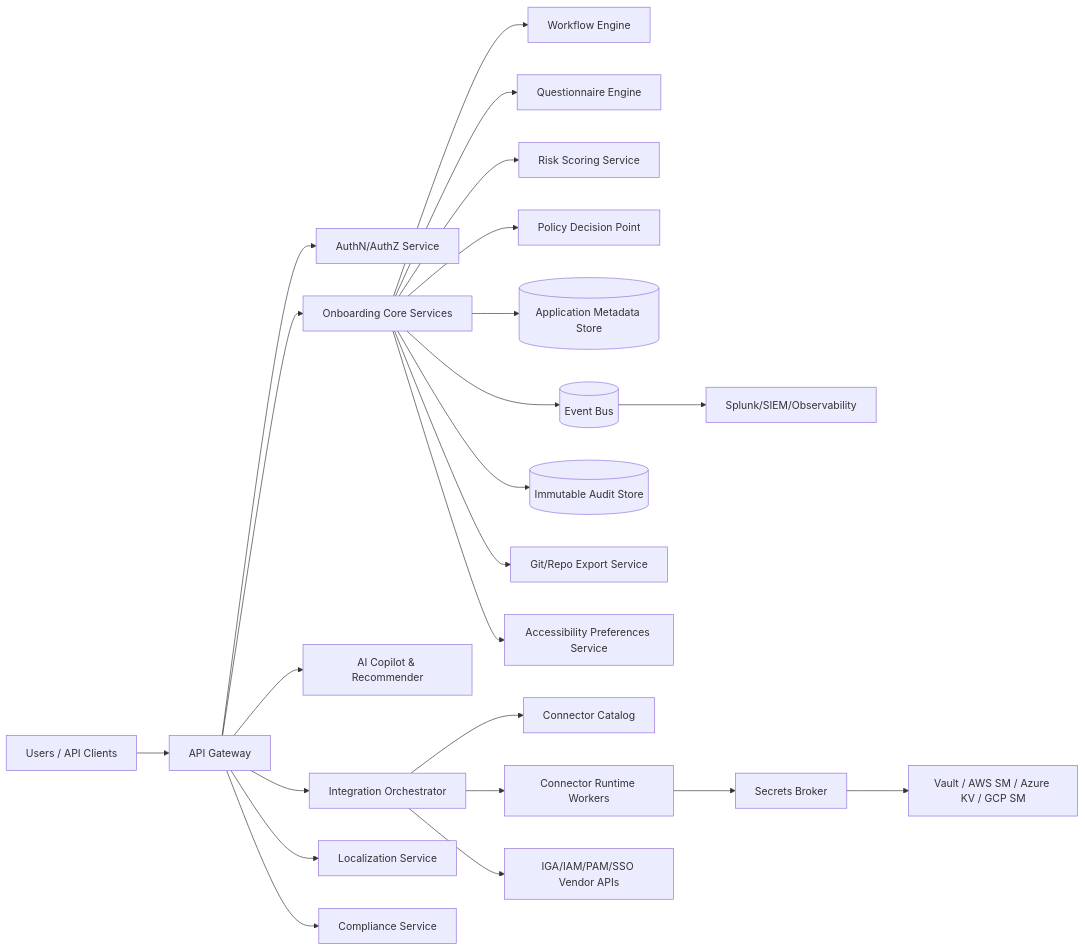
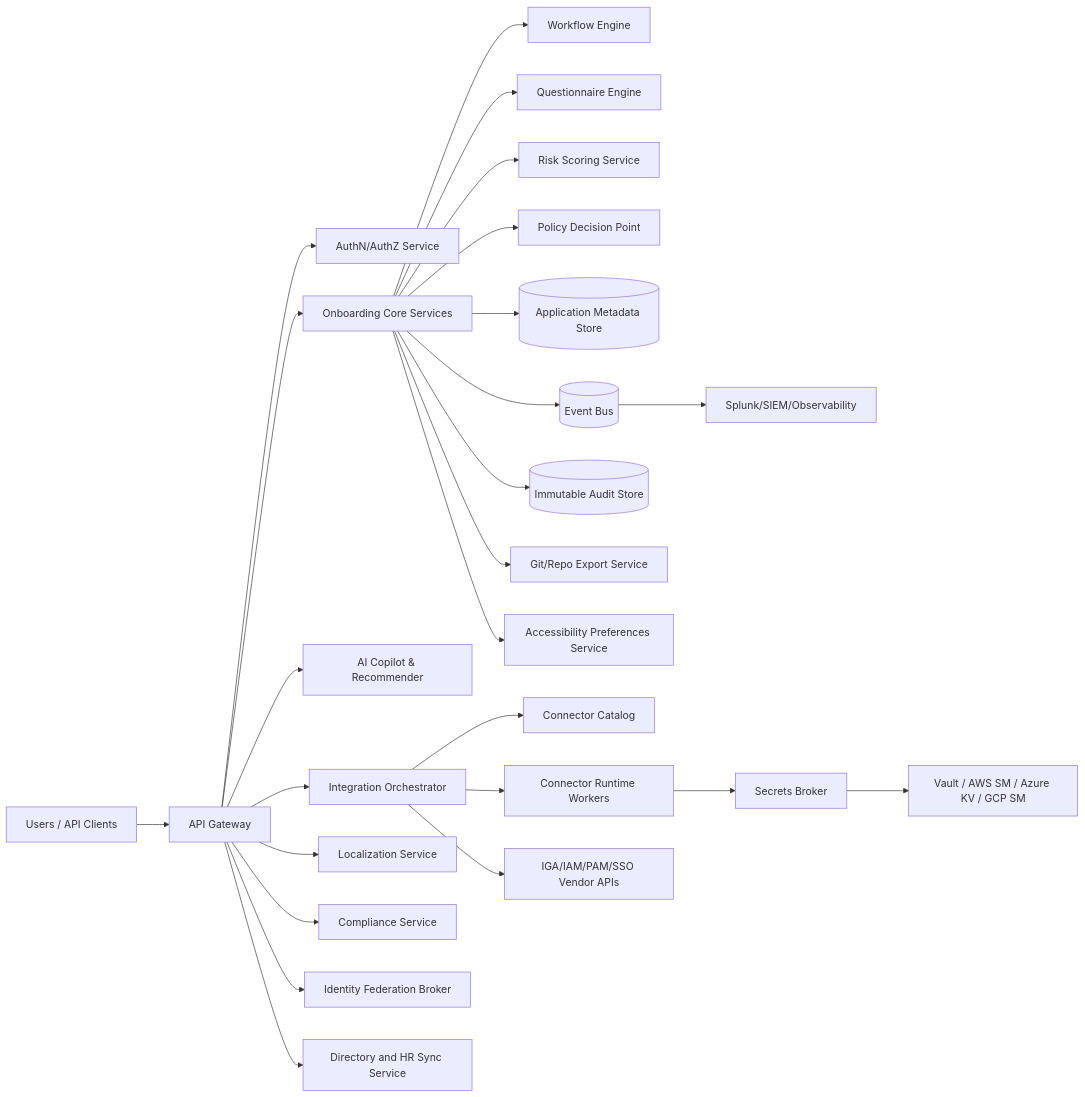
One commit to nddhruva/JY_FirstRepo changed the diagram in docs/02-reference-architecture.md. Above: the diagram before and after it, drawn with Mermaid. The commit also changed other lines of this file and 12 other files, not shown here.

Commit message:
Add identity auth integrations, source sync, and app instances

````diff
--- a/docs/02-reference-architecture.md
+++ b/docs/02-reference-architecture.md
@@ -5,29 +5,31 @@
 ```mermaid
 flowchart LR
   U[Users / API Clients] --> APIGW[API Gateway]
   APIGW --> AUTH[AuthN/AuthZ Service]
   APIGW --> CORE[Onboarding Core Services]
   APIGW --> AI[AI Copilot & Recommender]
   APIGW --> INT[Integration Orchestrator]
   APIGW --> LOC[Localization Service]
   APIGW --> COMP[Compliance Service]
+  APIGW --> IDP[Identity Federation Broker]
+  APIGW --> SYNC[Directory and HR Sync Service]
 
   CORE --> WF[Workflow Engine]
   CORE --> Q[Questionnaire Engine]
   CORE --> RISK[Risk Scoring Service]
   CORE --> POLICY[Policy Decision Point]
   CORE --> STORE[(Application Metadata Store)]
 
   INT --> CATALOG[Connector Catalog]
   INT --> RUNNER[Connector Runtime Workers]
   INT --> VENDORS[IGA/IAM/PAM/SSO Vendor APIs]
 
   RUNNER --> SECBROKER[Secrets Broker]
   SECBROKER --> EXTSEC[Vault / AWS SM / Azure KV / GCP SM]
 
   CORE --> EVENTBUS[(Event Bus)]
   EVENTBUS --> SIEM[Splunk/SIEM/Observability]
   CORE --> AUDIT[(Immutable Audit Store)]
   CORE --> EXPORT[Git/Repo Export Service]
   CORE --> A11Y[Accessibility Preferences Service]
 ```
````
